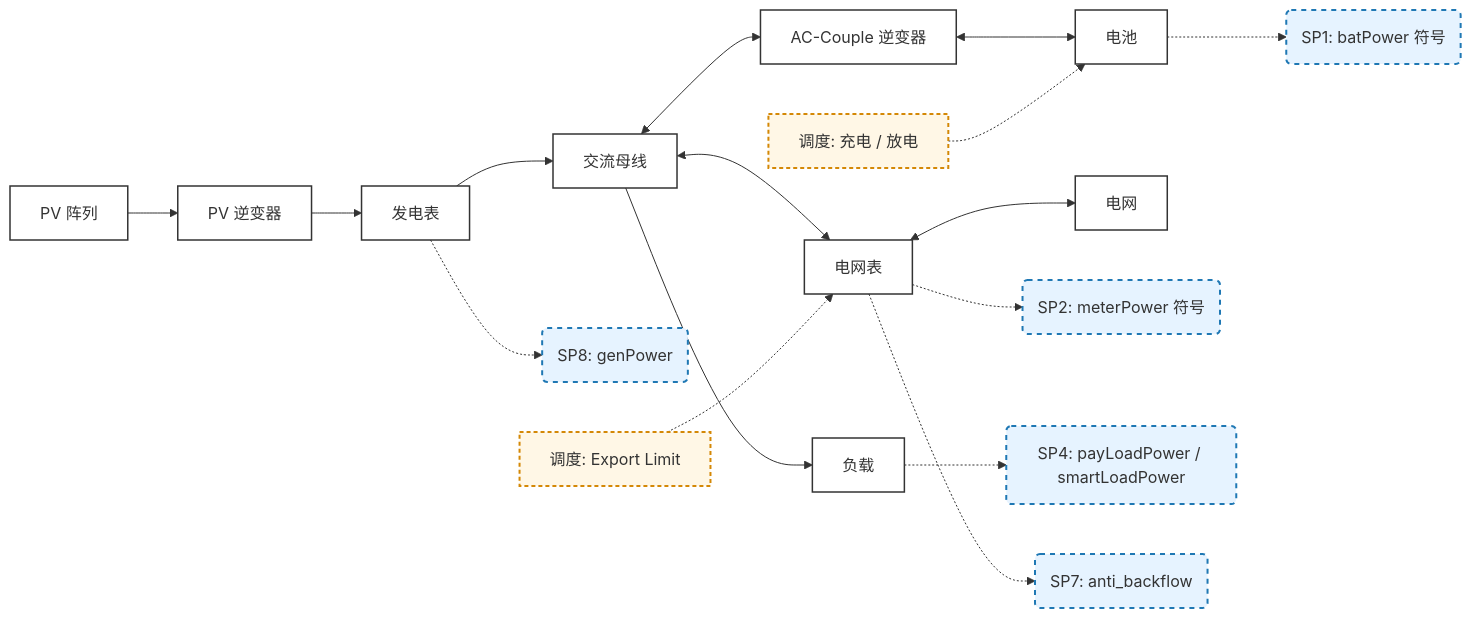
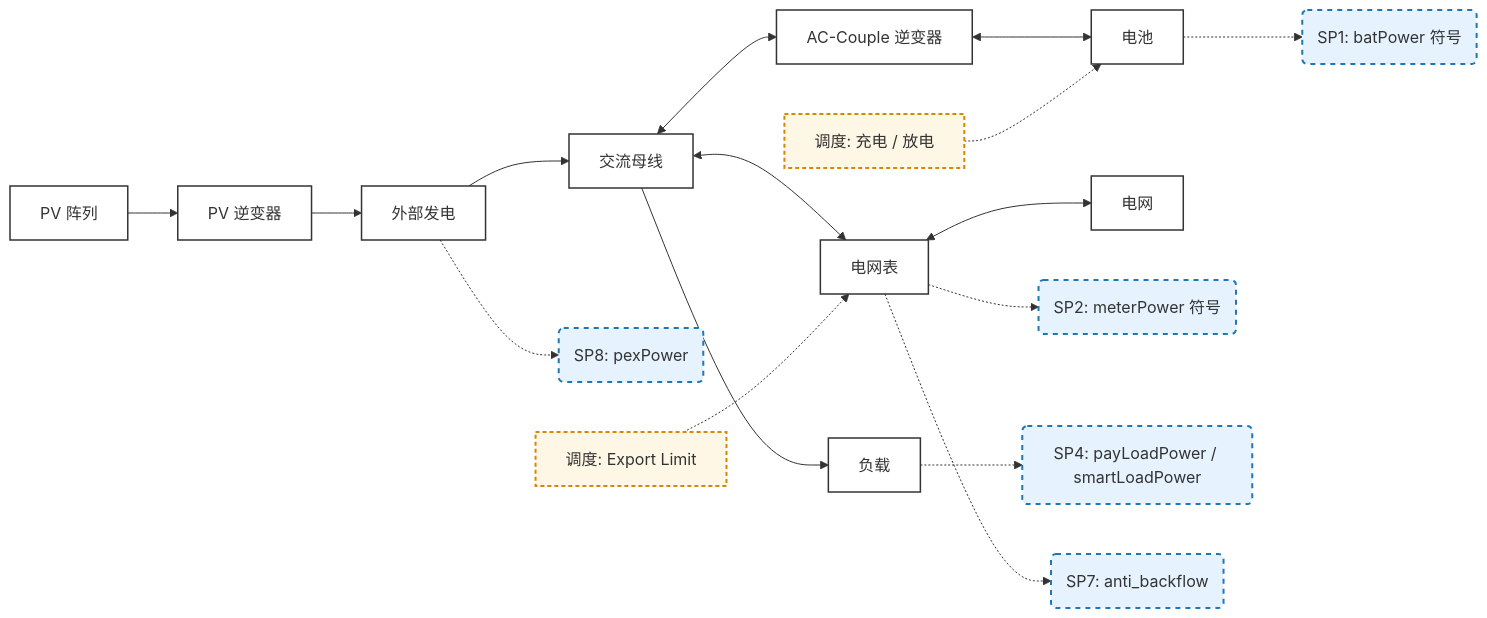
The third of 8 diagrams in Growatt API/OPENAPI.zh-CN/13_ess_semantic_model.md (EugeneJian/growatt-unified-api), drawn with Mermaid before and after one commit. The commit also changed other lines of this file and 7 other files, not shown here.

````diff
--- a/Growatt API/OPENAPI.zh-CN/13_ess_semantic_model.md
+++ b/Growatt API/OPENAPI.zh-CN/13_ess_semantic_model.md
@@ -130,48 +130,48 @@
 ```mermaid
 flowchart LR
 
     classDef asset fill:#ffffff,stroke:#333,stroke-width:1.5px;
     classDef semantic fill:#e6f3ff,stroke:#1f78b4,stroke-width:2px,stroke-dasharray: 5 5;
     classDef dispatch fill:#fff7e6,stroke:#d48806,stroke-width:2px,stroke-dasharray: 4 3;
 
     PV["PV 阵列"]
     PVInverter["PV 逆变器"]
-    GenerationMeter["发电表"]
+    ExternalGeneration["外部发电"]
     ACBus["交流母线"]
     ACInverter["AC-Couple 逆变器"]
     Battery["电池"]
     GridMeter["电网表"]
     Load["负载"]
     Grid["电网"]
 
     PV --> PVInverter
-    PVInverter --> GenerationMeter
-    GenerationMeter --> ACBus
+    PVInverter --> ExternalGeneration
+    ExternalGeneration --> ACBus
     ACBus <--> ACInverter
     ACInverter <--> Battery
     ACBus --> Load
     ACBus <--> GridMeter
     GridMeter <--> Grid
 
     SP1("SP1: batPower 符号")
     SP2("SP2: meterPower 符号")
     SP4("SP4: payLoadPower / smartLoadPower")
     SP7("SP7: anti_backflow")
-    SP8("SP8: genPower")
+    SP8("SP8: pexPower")
 
     Battery -.-> SP1
     GridMeter -.-> SP2
     Load -.-> SP4
     GridMeter -.-> SP7
-    GenerationMeter -.-> SP8
+    ExternalGeneration -.-> SP8
 
     D1["调度: 充电 / 放电"]
     D2["调度: Export Limit"]
 
     D1 -.-> Battery
     D2 -.-> GridMeter
 
-    class PV,PVInverter,GenerationMeter,ACBus,ACInverter,Battery,GridMeter,Load,Grid asset;
+    class PV,PVInverter,ExternalGeneration,ACBus,ACInverter,Battery,GridMeter,Load,Grid asset;
     class SP1,SP2,SP4,SP7,SP8 semantic;
     class D1,D2 dispatch;
 ```
````
